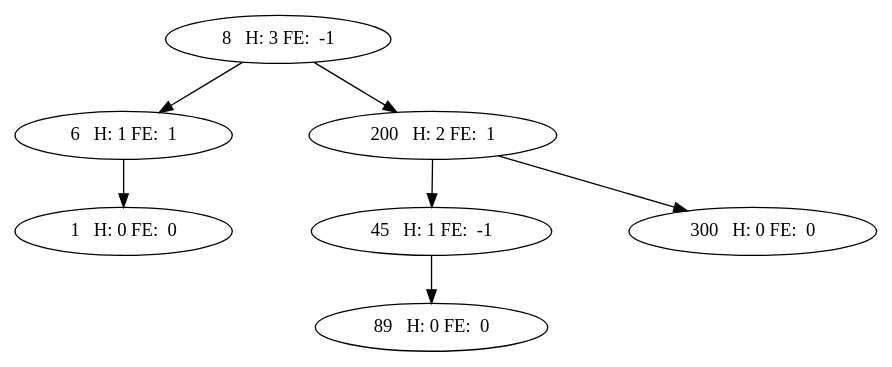
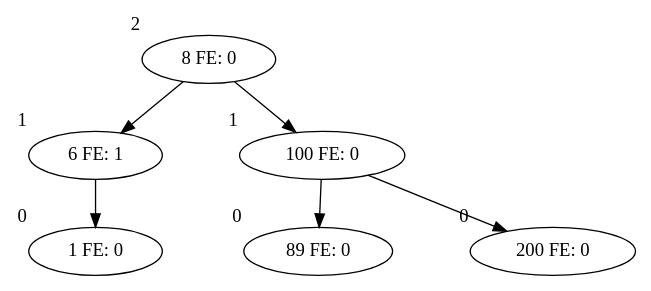
The diagram in src/Imagenes/AVLTree.dot (oscarc99/EDD_DIC_2019_PY2_201709140-), drawn with Graphviz before and after one commit. The commit also changed 48 other files, not shown here.

```diff
--- a/src/Imagenes/AVLTree.dot
+++ b/src/Imagenes/AVLTree.dot
@@ -1,24 +1,22 @@
 digraph G { 
 
 nodesep=0.8;
 
 ranksep=0.5;
 
 
   
-1[label=" 1   H: 0 FE:  0 "     ];
+1[label=" 1 FE: 0 "    xlabel= "0"   ];
 6->1; 
-6[label=" 6   H: 1 FE:  1 "     ];
+6[label=" 6 FE: 1 "    xlabel= "1"   ];
 8->6; 
-89[label=" 89   H: 0 FE:  0 "     ];
-45->89; 
-45[label=" 45   H: 1 FE:  -1 "     ];
-200->45; 
-300[label=" 300   H: 0 FE:  0 "     ];
-200->300; 
-200[label=" 200   H: 2 FE:  1 "     ];
-8->200; 
-8[label=" 8   H: 3 FE:  -1 "     ];
+89[label=" 89 FE: 0 "    xlabel= "0"   ];
+100->89; 
+200[label=" 200 FE: 0 "    xlabel= "0"   ];
+100->200; 
+100[label=" 100 FE: 0 "    xlabel= "1"   ];
+8->100; 
+8[label=" 8 FE: 0 "    xlabel= "2"   ];
 
 
 }
```
